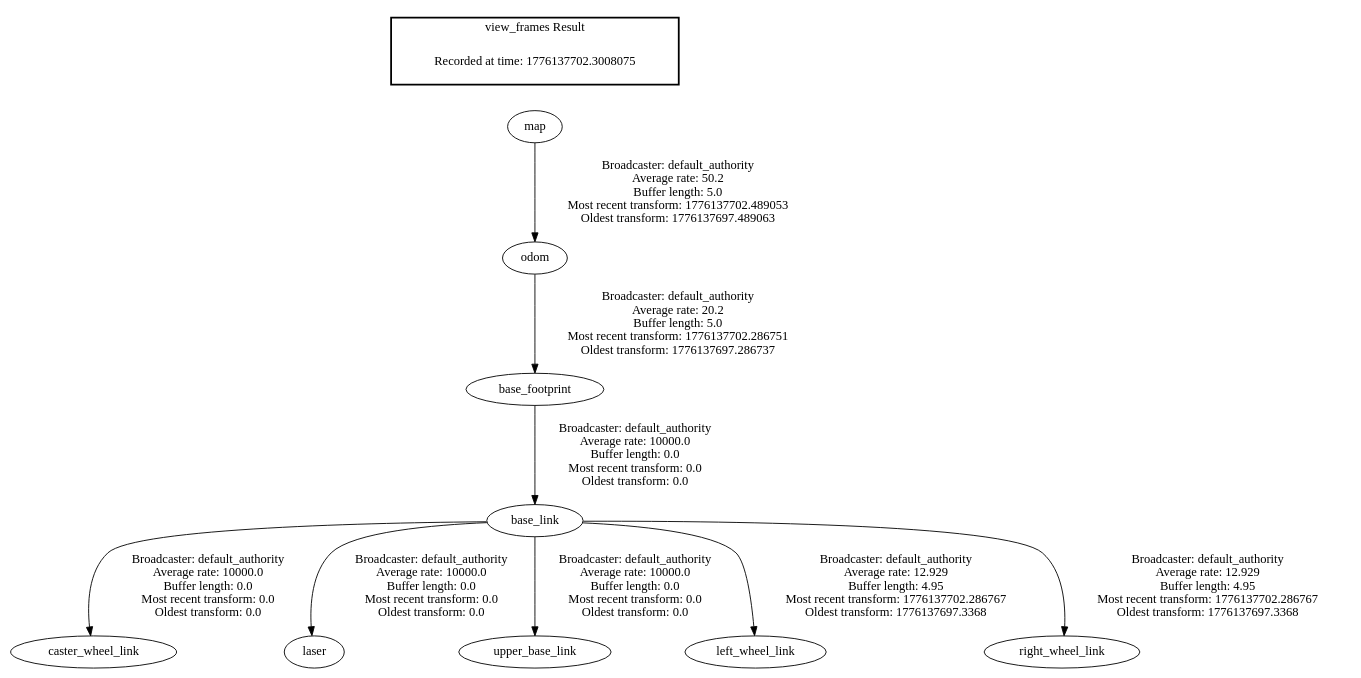
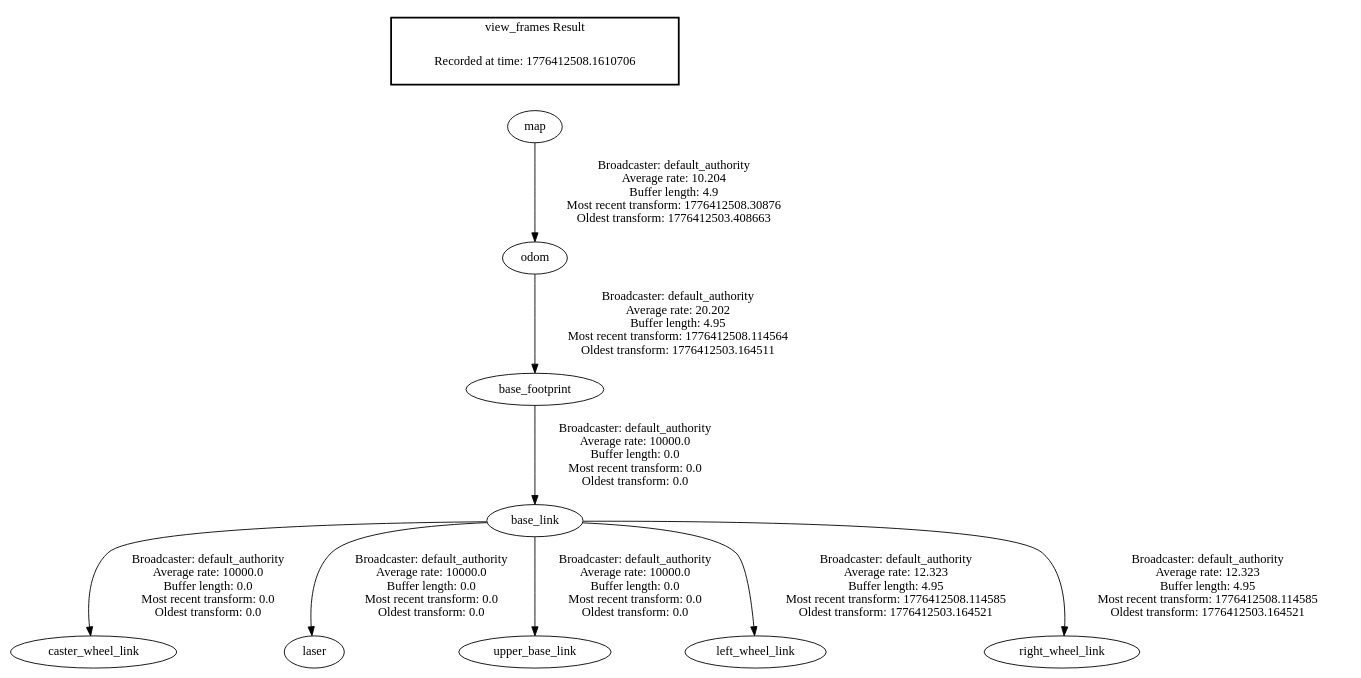
Before and after one commit to hcmutduygit/carrierbot_ws: the diagram in frames.gv, drawn with Graphviz. The commit also changed 132 other files, not shown here.

```diff
--- a/frames.gv
+++ b/frames.gv
@@ -1,14 +1,14 @@
 digraph G {
-"odom" -> "base_footprint"[label=" Broadcaster: default_authority\nAverage rate: 20.2\nBuffer length: 5.0\nMost recent transform: 1776137702.286751\nOldest transform: 1776137697.286737\n"];
-"map" -> "odom"[label=" Broadcaster: default_authority\nAverage rate: 50.2\nBuffer length: 5.0\nMost recent transform: 1776137702.489053\nOldest transform: 1776137697.489063\n"];
 "base_link" -> "caster_wheel_link"[label=" Broadcaster: default_authority\nAverage rate: 10000.0\nBuffer length: 0.0\nMost recent transform: 0.0\nOldest transform: 0.0\n"];
 "base_footprint" -> "base_link"[label=" Broadcaster: default_authority\nAverage rate: 10000.0\nBuffer length: 0.0\nMost recent transform: 0.0\nOldest transform: 0.0\n"];
+"odom" -> "base_footprint"[label=" Broadcaster: default_authority\nAverage rate: 20.202\nBuffer length: 4.95\nMost recent transform: 1776412508.114564\nOldest transform: 1776412503.164511\n"];
 "base_link" -> "laser"[label=" Broadcaster: default_authority\nAverage rate: 10000.0\nBuffer length: 0.0\nMost recent transform: 0.0\nOldest transform: 0.0\n"];
 "base_link" -> "upper_base_link"[label=" Broadcaster: default_authority\nAverage rate: 10000.0\nBuffer length: 0.0\nMost recent transform: 0.0\nOldest transform: 0.0\n"];
-"base_link" -> "left_wheel_link"[label=" Broadcaster: default_authority\nAverage rate: 12.929\nBuffer length: 4.95\nMost recent transform: 1776137702.286767\nOldest transform: 1776137697.3368\n"];
-"base_link" -> "right_wheel_link"[label=" Broadcaster: default_authority\nAverage rate: 12.929\nBuffer length: 4.95\nMost recent transform: 1776137702.286767\nOldest transform: 1776137697.3368\n"];
+"map" -> "odom"[label=" Broadcaster: default_authority\nAverage rate: 10.204\nBuffer length: 4.9\nMost recent transform: 1776412508.30876\nOldest transform: 1776412503.408663\n"];
+"base_link" -> "left_wheel_link"[label=" Broadcaster: default_authority\nAverage rate: 12.323\nBuffer length: 4.95\nMost recent transform: 1776412508.114585\nOldest transform: 1776412503.164521\n"];
+"base_link" -> "right_wheel_link"[label=" Broadcaster: default_authority\nAverage rate: 12.323\nBuffer length: 4.95\nMost recent transform: 1776412508.114585\nOldest transform: 1776412503.164521\n"];
 edge [style=invis];
  subgraph cluster_legend { style=bold; color=black; label ="view_frames Result";
-"Recorded at time: 1776137702.3008075"[ shape=plaintext ] ;
+"Recorded at time: 1776412508.1610706"[ shape=plaintext ] ;
 }->"map";
 }
```
